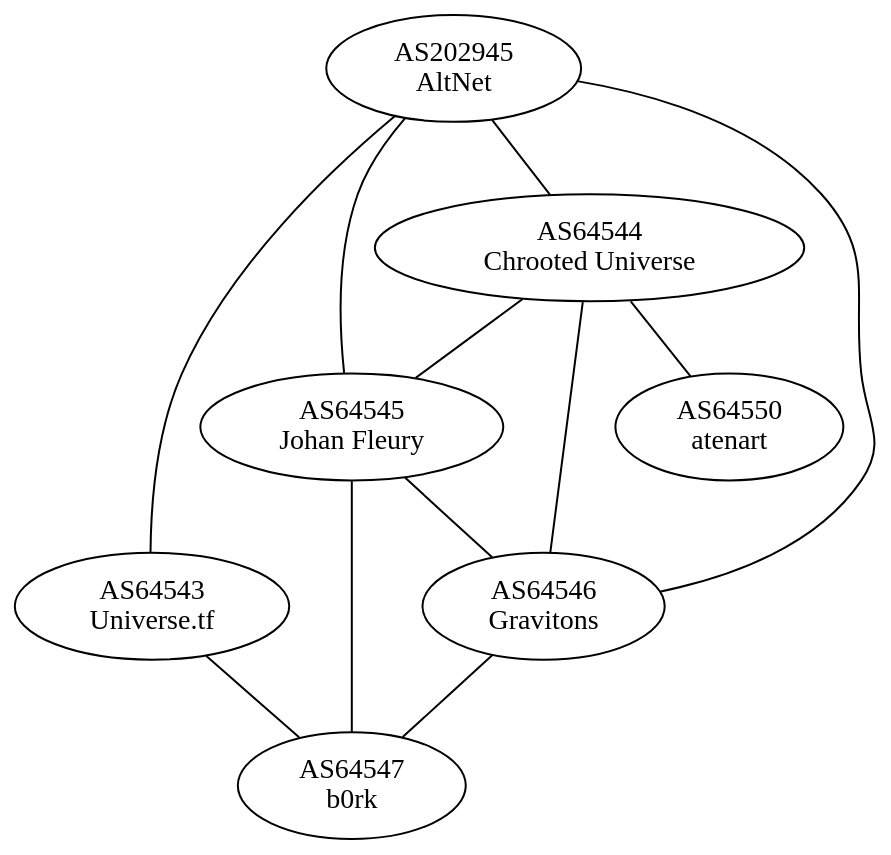
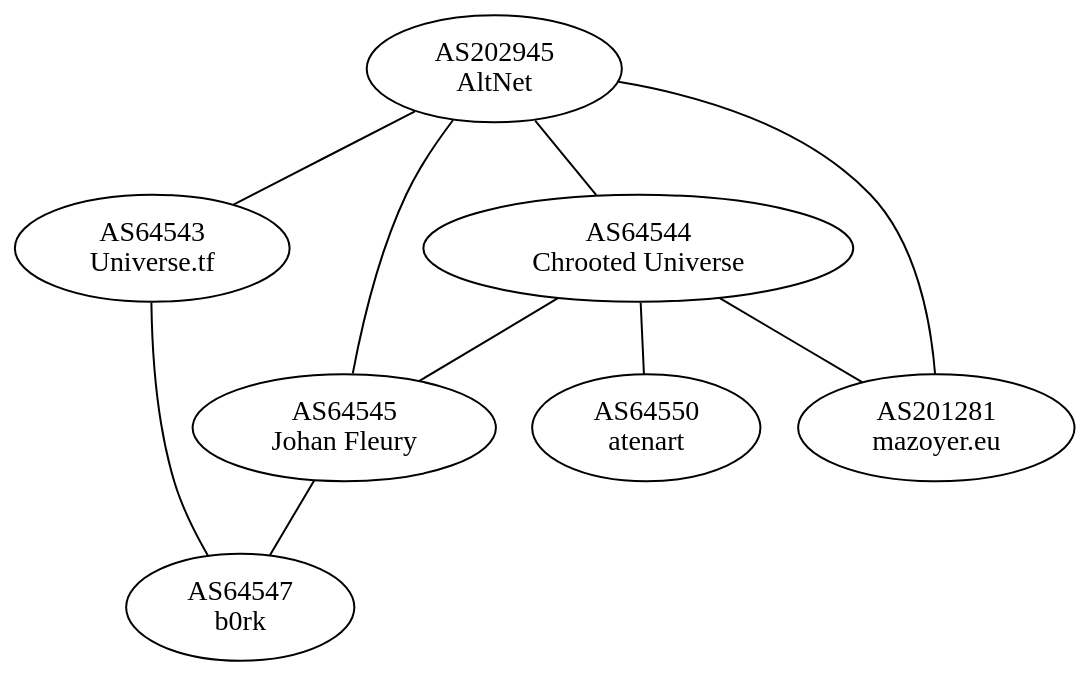
Before and after one commit to GLaNET/resources: the diagram in as-graph.dot, drawn with Graphviz.

Commit message:
Update AS graph with AS201281.

```diff
--- a/as-graph.dot
+++ b/as-graph.dot
@@ -1,29 +1,26 @@
 graph GLaNET
 {
         edge [len=2];
         graph [bgcolor=transparent]
 
         AS64543 [label="AS64543\nUniverse.tf"];
         AS64544 [label="AS64544\nChrooted Universe"];
         AS64545 [label="AS64545\nJohan Fleury"];
-        AS64546 [label="AS64546\nGravitons"];
         AS64547 [label="AS64547\nb0rk"];
         AS64550 [label="AS64550\natenart"];
+        AS201281 [label="AS201281\nmazoyer.eu"];
         AS202945 [label="AS202945\nAltNet"];
 
         AS202945 -- AS64543;
         AS202945 -- AS64544;
         AS202945 -- AS64545;
-        AS202945 -- AS64546;
+        AS202945 -- AS201281;
 
         AS64543 -- AS64547;
 
         AS64544 -- AS64545;
-        AS64544 -- AS64546;
         AS64544 -- AS64550;
+        AS64544 -- AS201281;
 
-        AS64545 -- AS64546;
         AS64545 -- AS64547;
-
-        AS64546 -- AS64547;
 }
```
